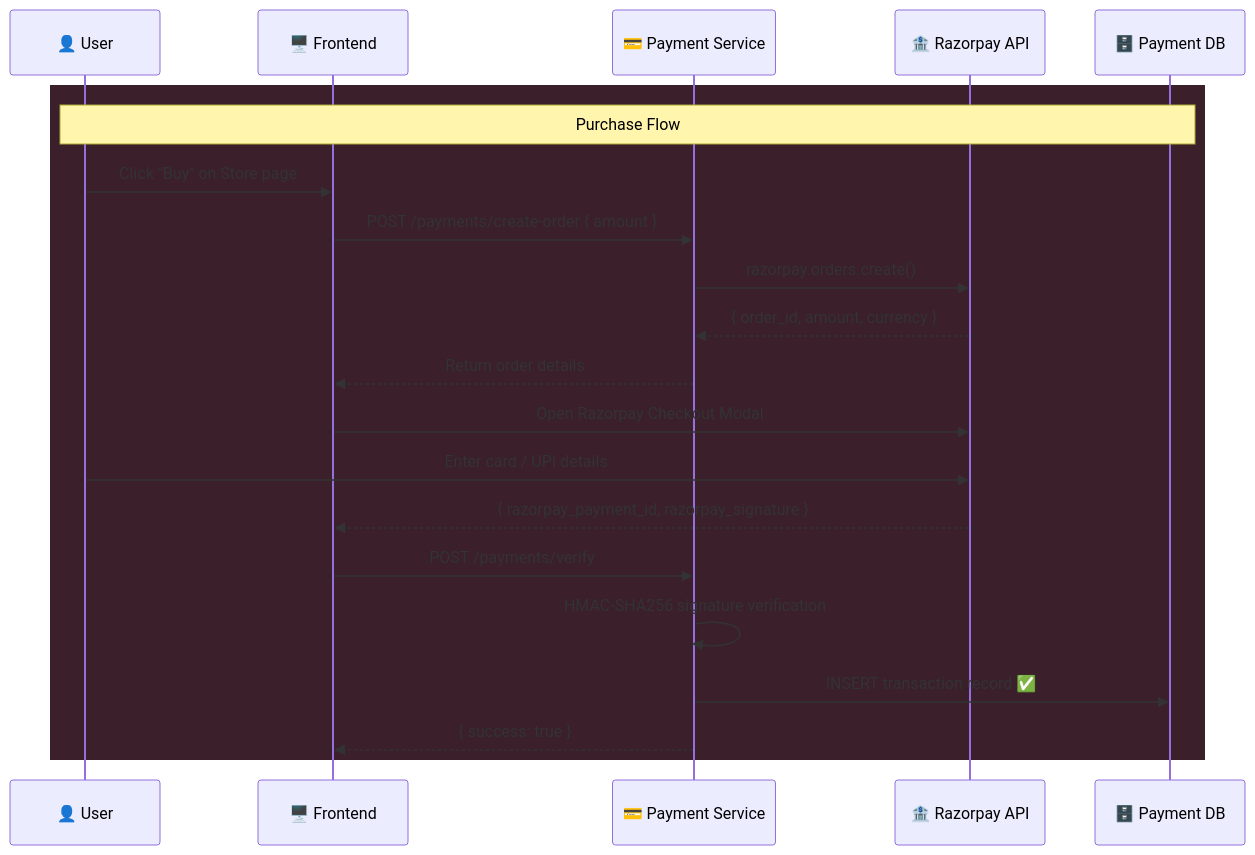
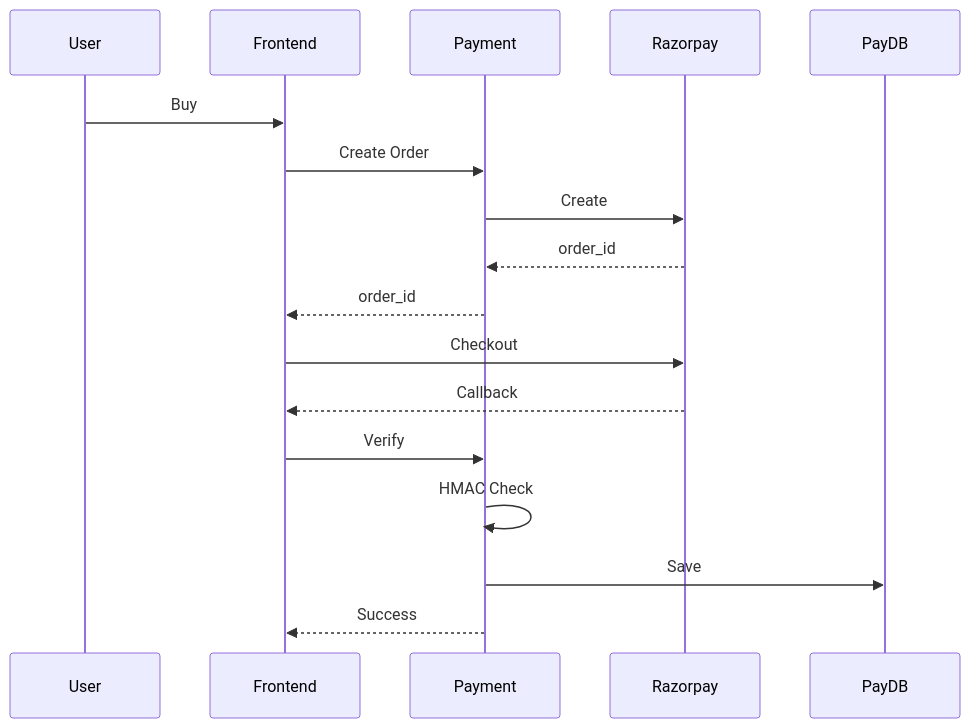
One commit to Luff-Org/Luff-Boilerplate changed the fifth of 8 diagrams in NOTES.md. Above: the diagram before and after it, drawn with Mermaid. The commit also changed other lines of this file and 4 other files, not shown here.

Commit message:
fix(docs): rewrite all mermaid diagrams with ultra-short labels for GitHub rendering

````diff
--- a/NOTES.md
+++ b/NOTES.md
@@ -160,26 +123,20 @@
 ```mermaid
 sequenceDiagram
-  participant U as 👤 User
-  participant F as 🖥️ Frontend
-  participant P as 💳 Payment Service
-  participant R as 🏦 Razorpay API
-  participant DB as 🗄️ Payment DB
+  participant U as User
+  participant F as Frontend
+  participant P as Payment
+  participant R as Razorpay
+  participant DB as PayDB
 
-  rect rgb(59, 31, 43)
-    Note over U,DB: Purchase Flow
-    U->>F: Click "Buy" on Store page
-    F->>P: POST /payments/create-order { amount }
-    P->>R: razorpay.orders.create()
-    R-->>P: { order_id, amount, currency }
-    P-->>F: Return order details
-
-    F->>R: Open Razorpay Checkout Modal
-    U->>R: Enter card / UPI details
-    R-->>F: { razorpay_payment_id, razorpay_signature }
-
-    F->>P: POST /payments/verify
-    P->>P: HMAC-SHA256 signature verification
-    P->>DB: INSERT transaction record ✅
-    P-->>F: { success: true }
-  end
+  U->>F: Buy
+  F->>P: Create Order
+  P->>R: Create
+  R-->>P: order_id
+  P-->>F: order_id
+  F->>R: Checkout
+  R-->>F: Callback
+  F->>P: Verify
+  P->>P: HMAC Check
+  P->>DB: Save
+  P-->>F: Success
 ```
````
